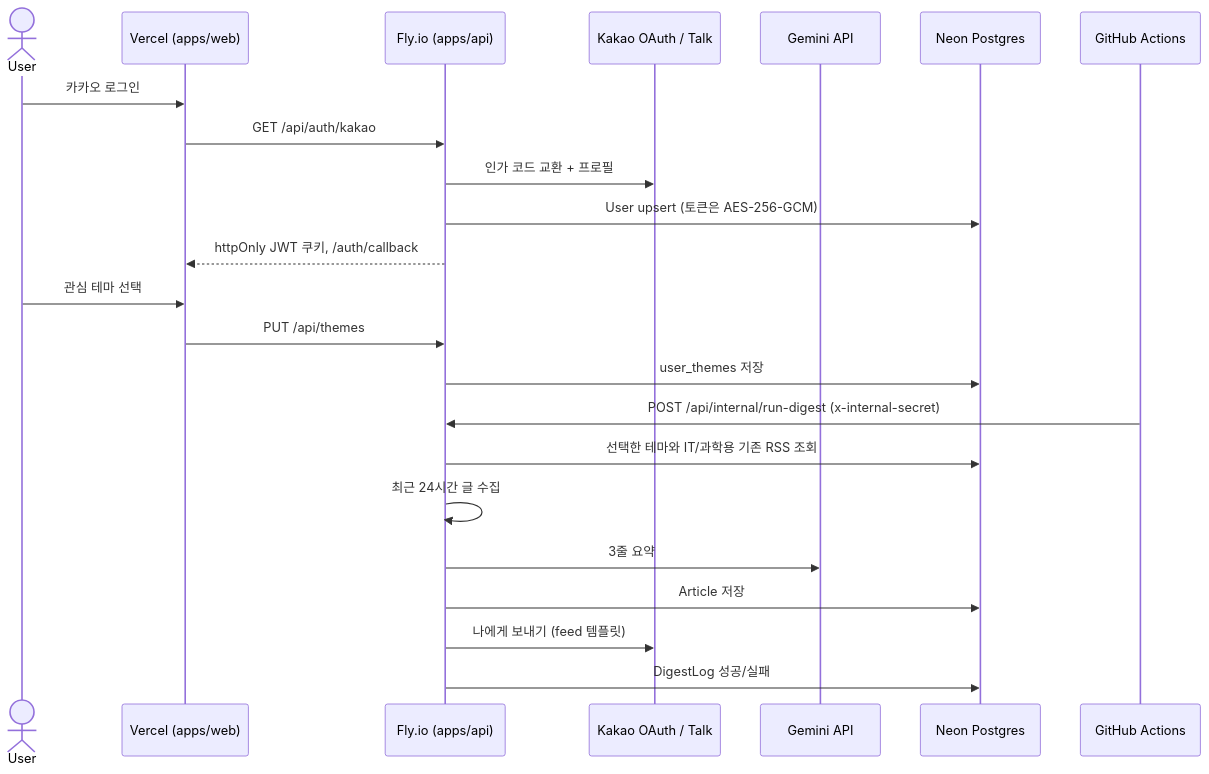
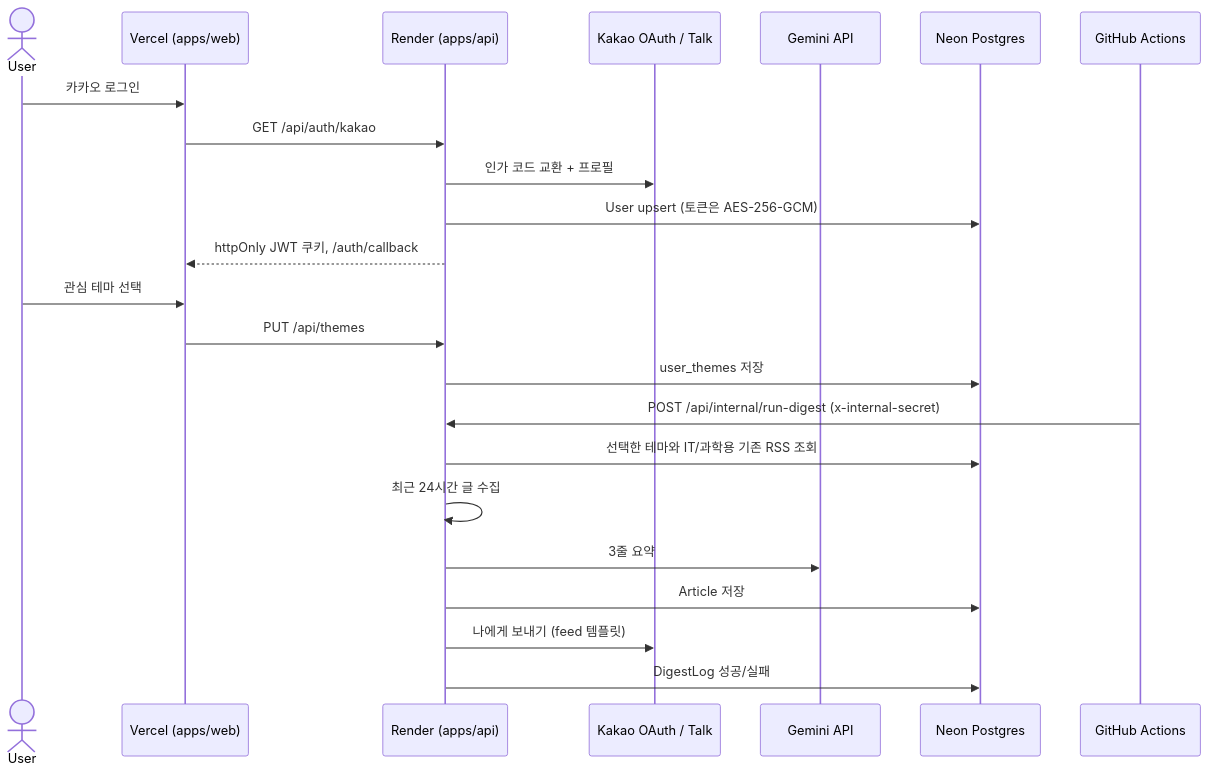
One commit to qormsxo/briefly changed the diagram in README.md. Above: the diagram before and after it, drawn with Mermaid. The commit also changed other lines of this file and 3 other files, not shown here.

````diff
--- a/README.md
+++ b/README.md
@@ -16,28 +18,28 @@
 ```mermaid
 sequenceDiagram
   actor User
   participant Web as Vercel (apps/web)
-  participant API as Fly.io (apps/api)
+  participant API as Render (apps/api)
   participant Kakao as Kakao OAuth / Talk
   participant Gemini as Gemini API
   participant PG as Neon Postgres
   participant GHA as GitHub Actions
 
   User->>Web: 카카오 로그인
   Web->>API: GET /api/auth/kakao
   API->>Kakao: 인가 코드 교환 + 프로필
   API->>PG: User upsert (토큰은 AES-256-GCM)
   API-->>Web: httpOnly JWT 쿠키, /auth/callback
 
   User->>Web: 관심 테마 선택
   Web->>API: PUT /api/themes
   API->>PG: user_themes 저장
 
   GHA->>API: POST /api/internal/run-digest (x-internal-secret)
   API->>PG: 선택한 테마와 IT/과학용 기존 RSS 조회
   API->>API: 최근 24시간 글 수집
   API->>Gemini: 3줄 요약
   API->>PG: Article 저장
   API->>Kakao: 나에게 보내기 (feed 템플릿)
   API->>PG: DigestLog 성공/실패
 ```
````
